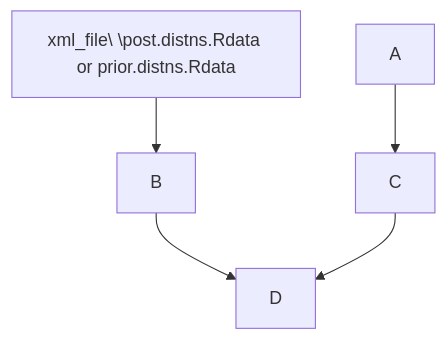
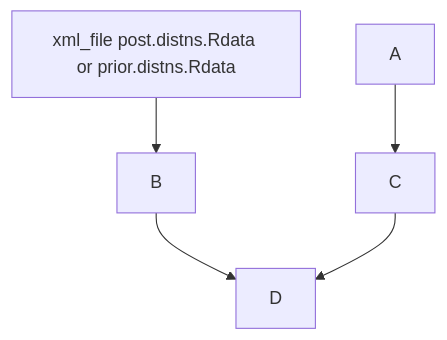
The diagram in README.md (ecamo19/gsoc_project_2022_vm), drawn with Mermaid before and after one commit. The commit also changed other lines of this file, not shown here.

````diff
--- a/README.md
+++ b/README.md
@@ -50,7 +49,7 @@
 ```mermaid
   graph TD;
-      inputs[xml_file\ \post.distns.Rdata or prior.distns.Rdata]-->B;
+      inputs[xml_file post.distns.Rdata or prior.distns.Rdata]-->B;
       A-->C;
       B-->D;
       C-->D;
 ```
````
